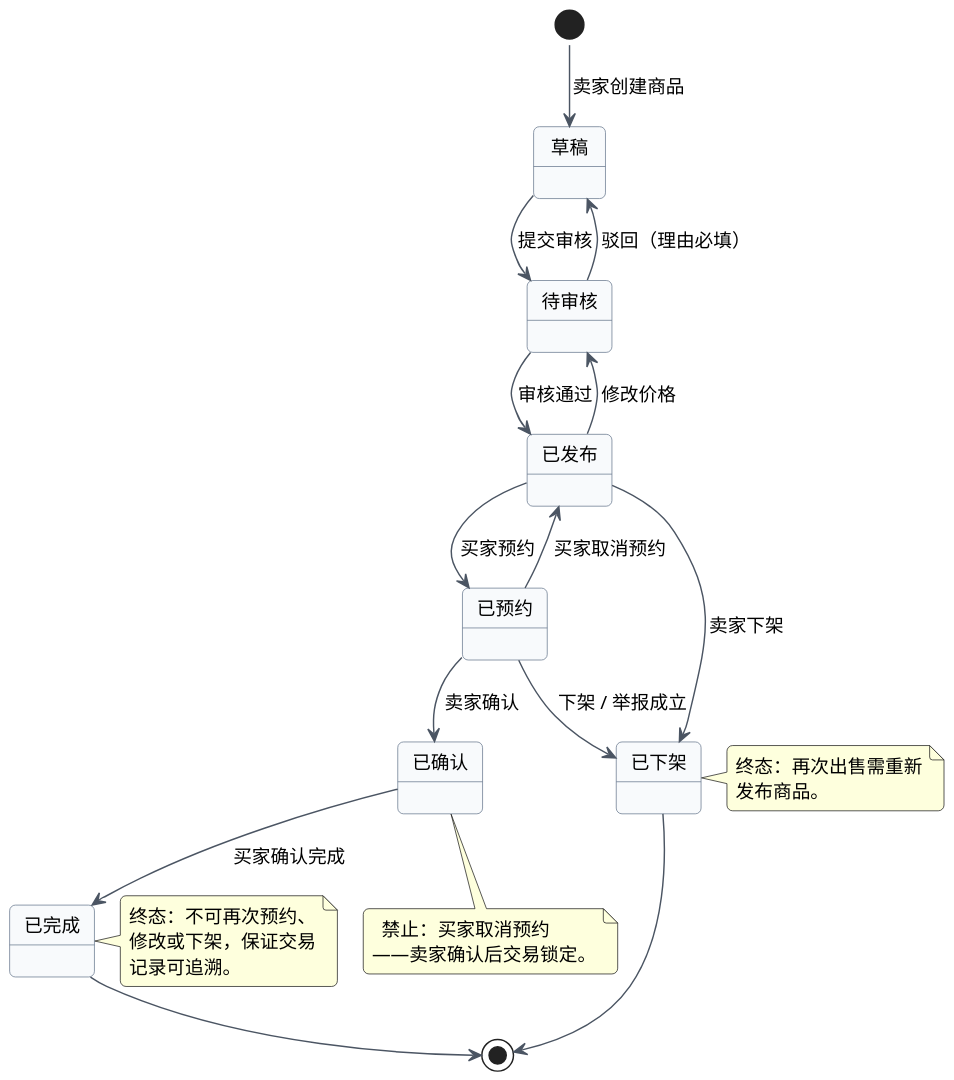
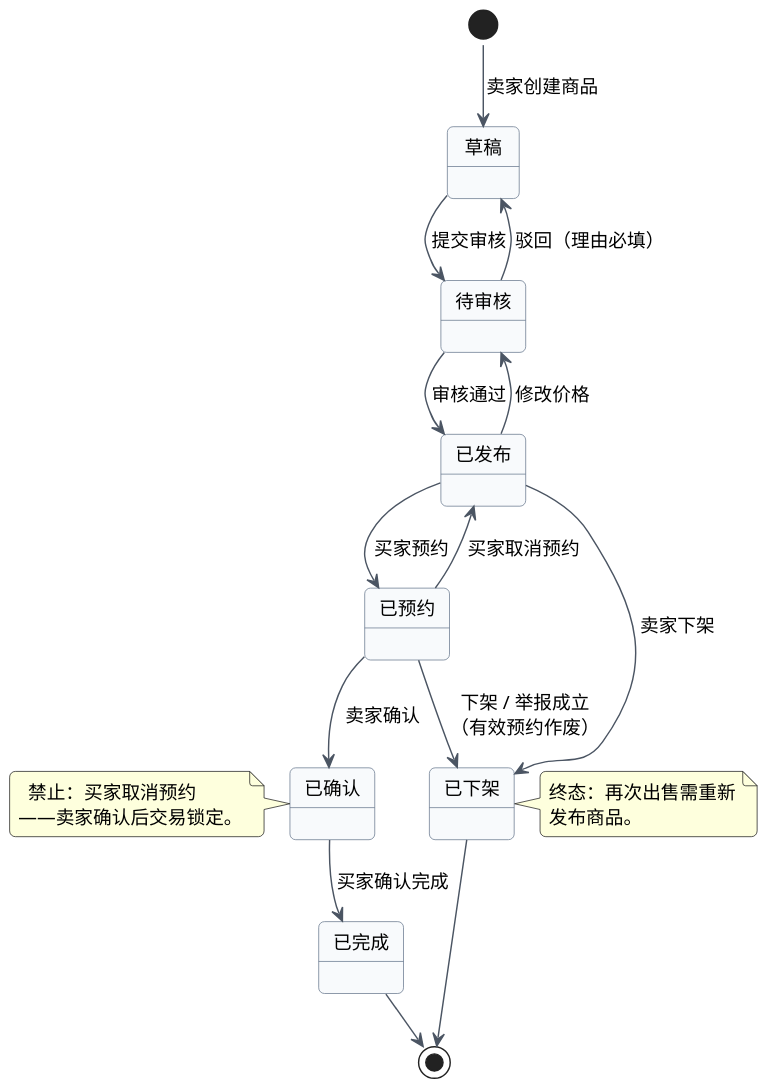
Before and after one commit to LavaBlock666/SElab2: the diagram in UML/06-状态图.puml, drawn with PlantUML. The commit also changed 9 other files, not shown here.

Commit message:
人工修改：包图改为按层依赖，类图删除支付/物流并拆出领域模型，状态图移除重叠注释

```diff
--- a/UML/06-状态图.puml
+++ b/UML/06-状态图.puml
@@ -1,50 +1,44 @@
 @startuml
 !pragma layout smetana
 skinparam defaultFontName "Microsoft YaHei"
 skinparam dpi 150
 skinparam shadowing false
 skinparam roundcorner 8
 skinparam backgroundColor #FFFFFF
 skinparam ArrowColor #4B5563
 skinparam stateBorderColor #64748B
 skinparam stateBackgroundColor #F8FAFC
 skinparam stateFontSize 13
 
 state "草稿" as Draft
 state "待审核" as Pending
 state "已发布" as Published
 state "已预约" as Reserved
 state "已确认" as Confirmed
 state "已完成" as Finished
 state "已下架" as Offline
 
 [*] --> Draft : 卖家创建商品
 Draft --> Pending : 提交审核
 Pending --> Published : 审核通过
 Pending --> Draft : 驳回（理由必填）
 Published --> Reserved : 买家预约
 Published --> Pending : 修改价格
 Published --> Offline : 卖家下架
 Reserved --> Published : 买家取消预约
 Reserved --> Confirmed : 卖家确认
-Reserved --> Offline : 下架 / 举报成立
+Reserved --> Offline : 下架 / 举报成立\n（有效预约作废）
 Confirmed --> Finished : 买家确认完成
 Finished --> [*]
 Offline --> [*]
-
-note right of Finished
-  终态：不可再次预约、
-  修改或下架，保证交易
-  记录可追溯。
-end note
 
 note right of Offline
   终态：再次出售需重新
   发布商品。
 end note
 
-note bottom of Confirmed
+note left of Confirmed
   禁止：买家取消预约
 ——卖家确认后交易锁定。
 end note
 @enduml
```
